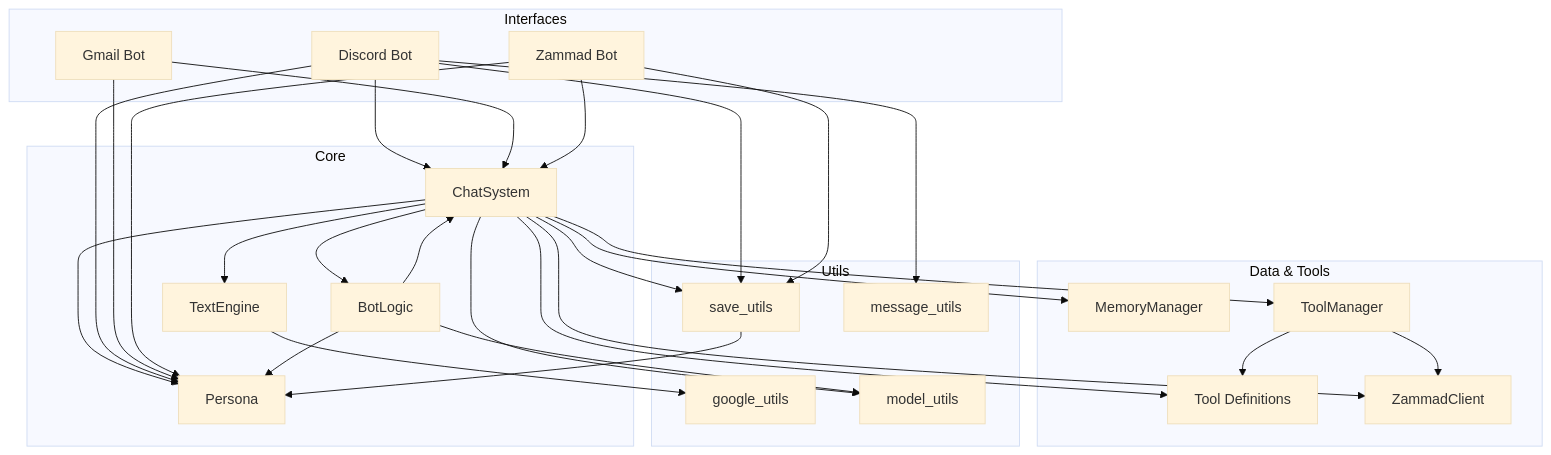
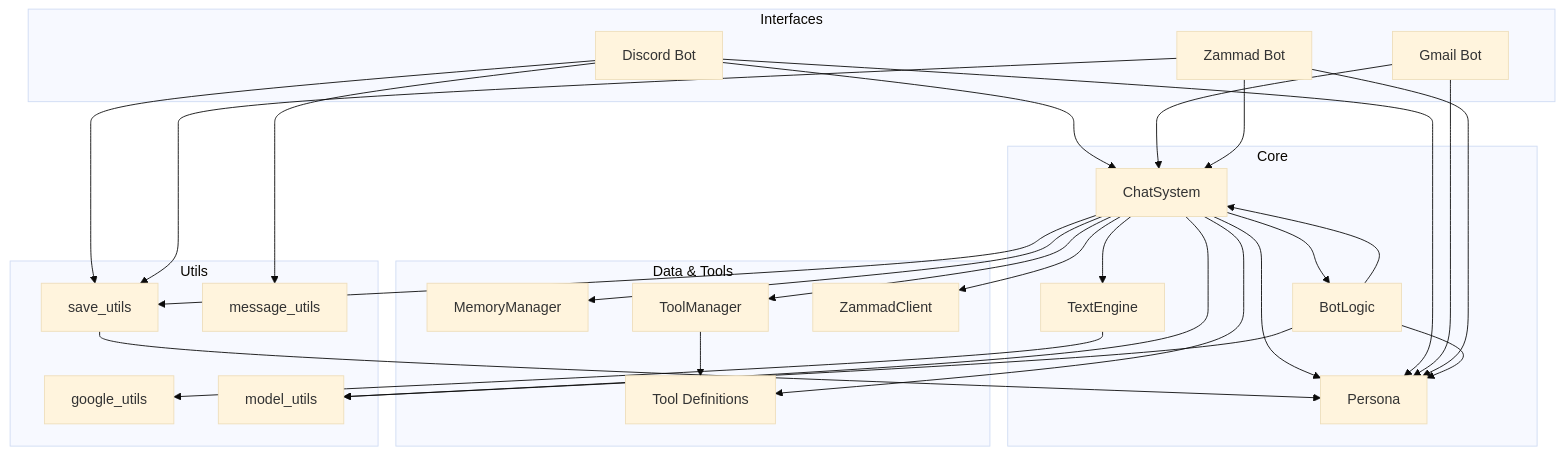
One commit to Addrick/agent-orchestrator changed the diagram in readme.md. Above: the diagram before and after it, drawn with Mermaid (base theme). The commit also changed 1 other file, not shown here.

Commit message:
updated arch diagrams

````diff
--- a/readme.md
+++ b/readme.md
@@ -27,55 +27,54 @@
 ```mermaid
 graph TD
     subgraph Interfaces
         Discord["Discord Bot"]
         Gmail["Gmail Bot"]
         ZBot["Zammad Bot"]
     end
 
     subgraph Core
         CS[ChatSystem]
         BL[BotLogic]
         Engine[TextEngine]
         Persona[Persona]
     end
 
     subgraph Data & Tools
         MM[MemoryManager]
         TM[ToolManager]
         TDef["Tool Definitions"]
         ZC[ZammadClient]
     end
 
     subgraph Utils
         GU[google_utils]
         MU[model_utils]
         SU[save_utils]
         MSU[message_utils]
     end
 
     CS --> ZC
     CS --> MM
     CS --> Engine
     CS --> BL
     CS --> Persona
     CS --> TDef
     CS --> TM
     CS --> MU
     CS --> SU
     Engine --> GU
     Discord --> CS
     Discord --> Persona
     Discord --> MSU
     Discord --> SU
     Gmail --> CS
     Gmail --> Persona
     ZBot --> CS
     ZBot --> Persona
     ZBot --> SU
     BL --> CS
     BL --> Persona
     BL --> MU
-    TM --> ZC
     TM --> TDef
     SU --> Persona
 ```
````
